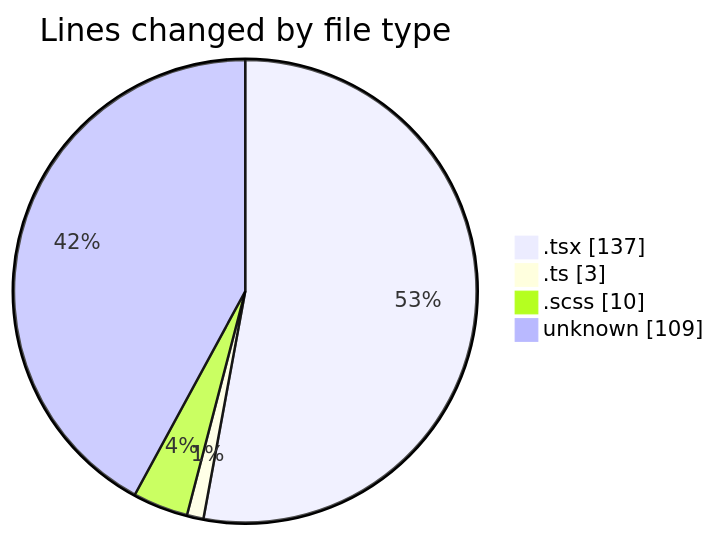
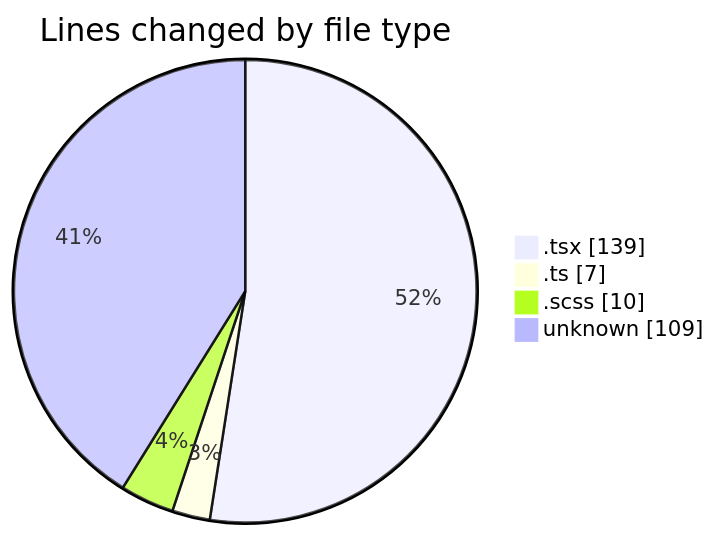
Before and after one commit to momahboobian/code-tracking: the first of 2 diagrams in 2026-04-15/cda/README.md, drawn with Mermaid. The commit also changed other lines of this file and 1 other file, not shown here.

````diff
--- a/2026-04-15/cda/README.md
+++ b/2026-04-15/cda/README.md
@@ -27,8 +28,8 @@
 ```mermaid
 pie showData
 title Lines changed by file type
-".tsx" : 137
-".ts" : 3
+".tsx" : 139
+".ts" : 7
 ".scss" : 10
 "unknown" : 109
 ```
````
